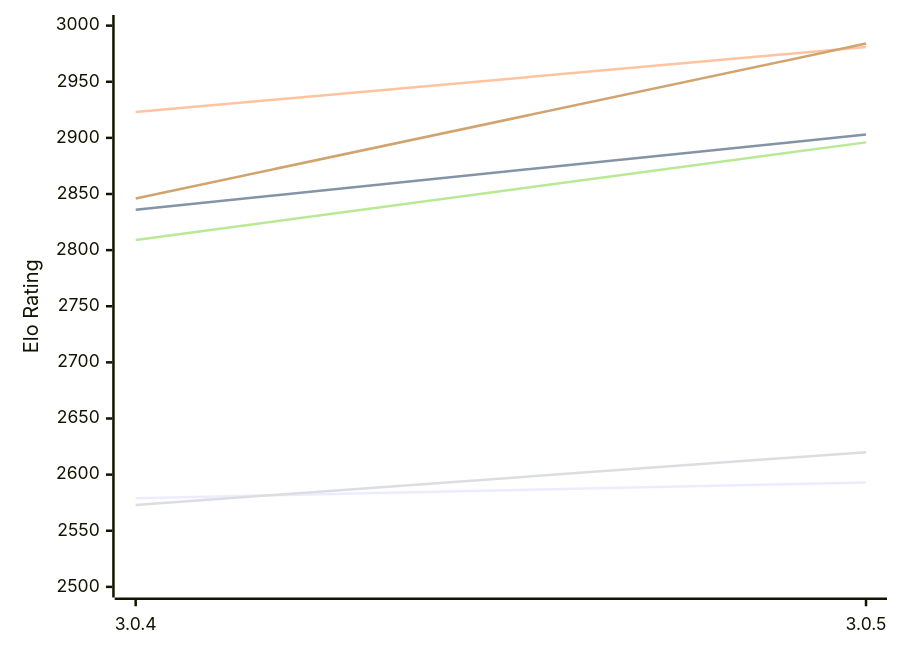
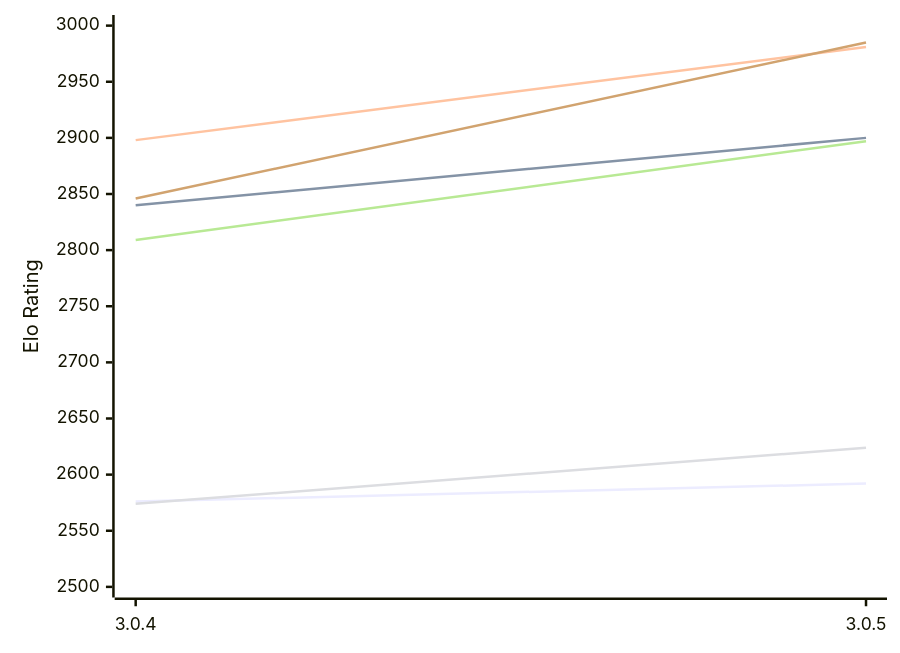
One commit to computer-chess-index/cci changed the first of 2 diagrams in engines/Rudim.md. Above: the diagram before and after it, drawn with Mermaid. The commit also changed other lines of this file, not shown here.

Commit message:
Update CCI Ratings (ELO VLTC) - 2026-11-28

````diff
--- a/engines/Rudim.md
+++ b/engines/Rudim.md
@@ -59,12 +59,12 @@
 ```mermaid
 %%{init: {"theme":"base","themeVariables":{"seriesColors:['#a3a3a3','#222221','#faa371']}}}%%
 xychart-beta
   x-axis ["3.0.4", "3.0.5"]
   y-axis "Elo Rating" 2500 --> 3000
-  line "E1: STC (8.0+0.08s)" [2579, 2593]
-  line "E1: LTC (60.0+0.60s)" [2836, 2903]
-  line "E1: VLTC (2m24s+1.12s)" [2923, 2981]
-  line "P1: STC (8.0+0.08s)" [2573, 2620]
-  line "P1: LTC (60.0+0.60s)" [2809, 2896]
-  line "P1: VLTC (2m24s+1.12s)" [2846, 2984]
+  line "E1: STC (8.0+0.08s)" [2576, 2592]
+  line "E1: LTC (60.0+0.60s)" [2840, 2900]
+  line "E1: VLTC (2m24s+1.12s)" [2898, 2981]
+  line "P1: STC (8.0+0.08s)" [2574, 2624]
+  line "P1: LTC (60.0+0.60s)" [2809, 2897]
+  line "P1: VLTC (2m24s+1.12s)" [2846, 2985]
 ```
````
